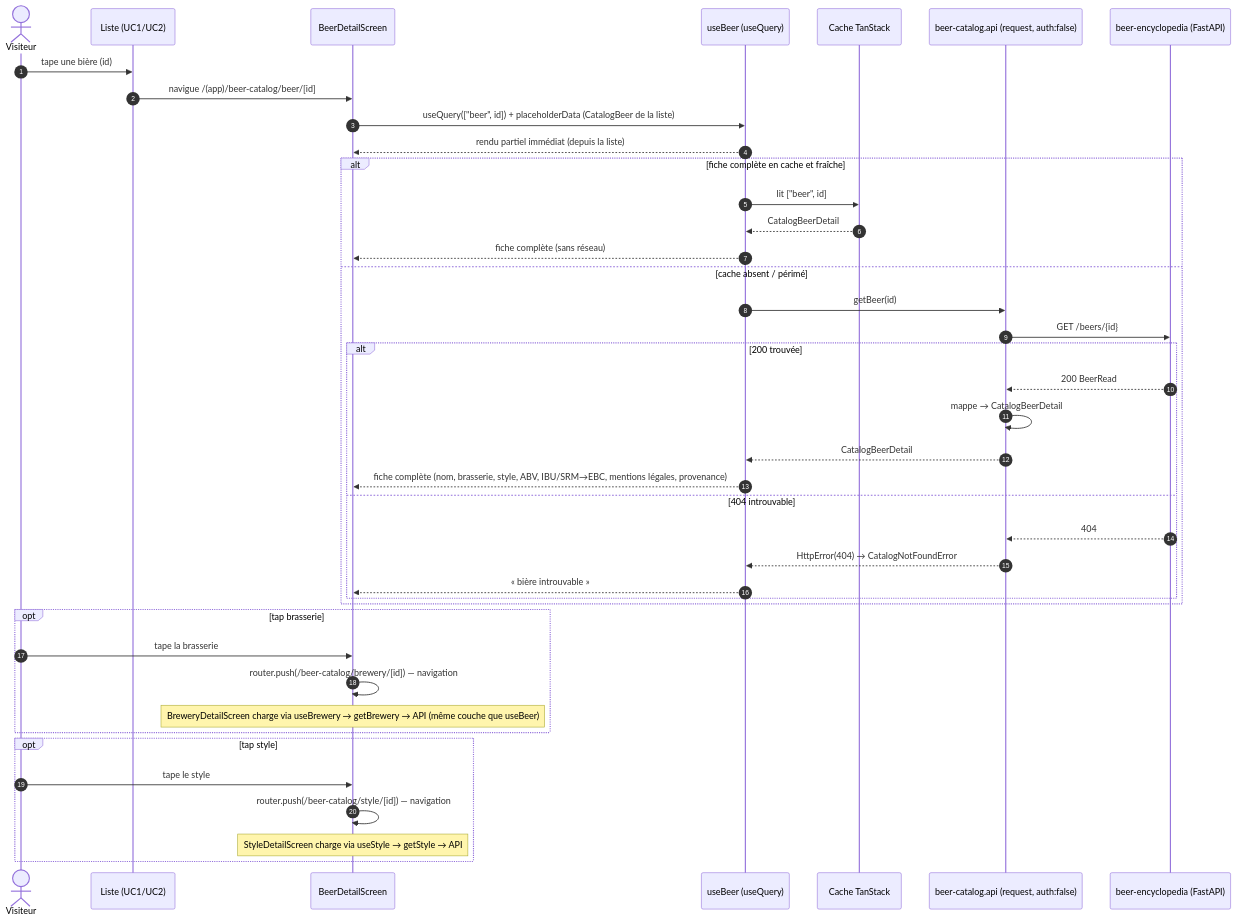
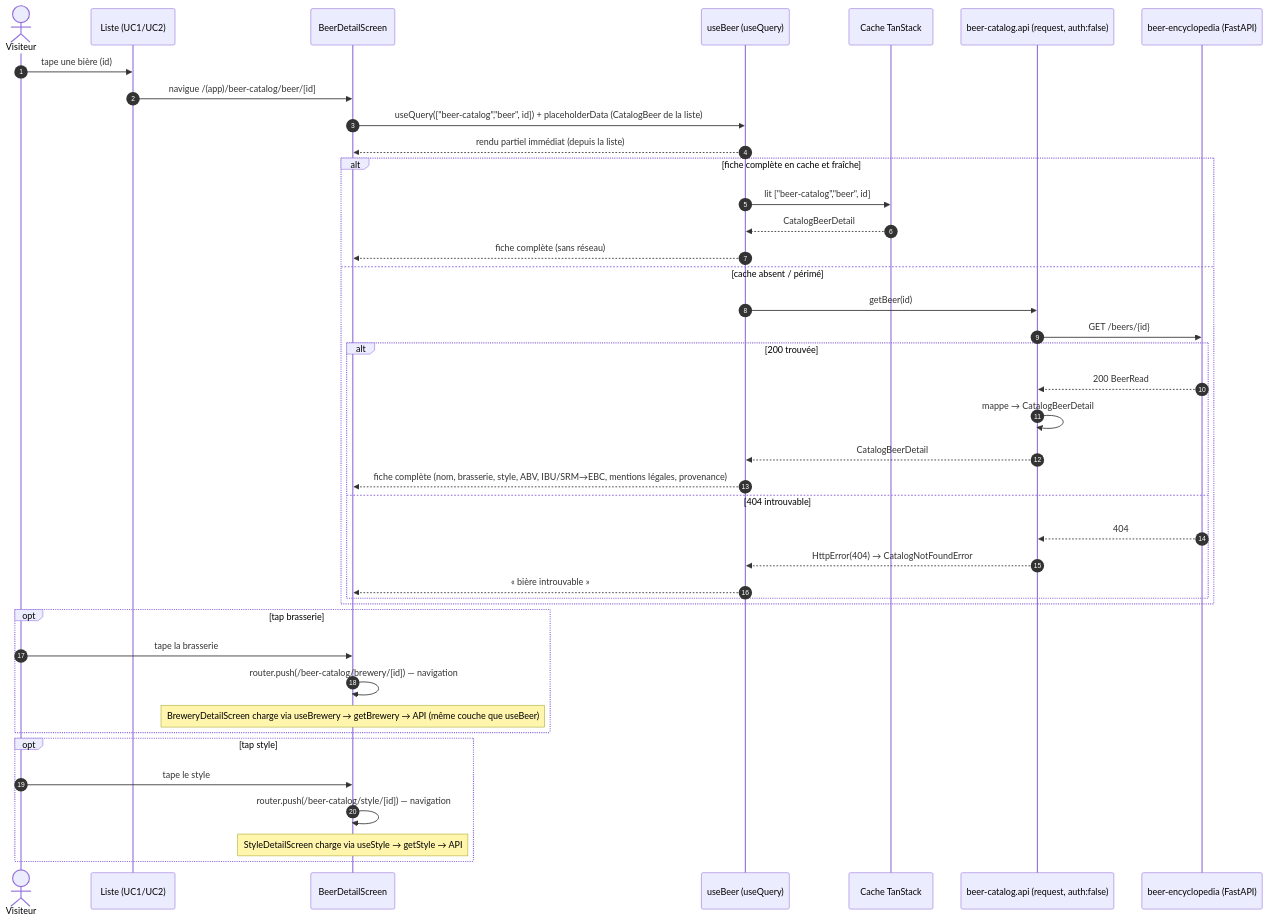
One commit to benoit-bremaud/brasse-bouillon changed the first of 2 diagrams in docs/architecture/diagrams/mobile-catalog/04-sequence-fiche.md. Above: the diagram before and after it, drawn with Mermaid. The commit also changed other lines of this file and 6 other files, not shown here.

````diff
--- a/docs/architecture/diagrams/mobile-catalog/04-sequence-fiche.md
+++ b/docs/architecture/diagrams/mobile-catalog/04-sequence-fiche.md
@@ -18,45 +18,45 @@
 ```mermaid
 sequenceDiagram
   autonumber
   actor U as Visiteur
   participant L as Liste (UC1/UC2)
   participant FS as BeerDetailScreen
   participant H as useBeer (useQuery)
   participant Q as Cache TanStack
   participant API as beer-catalog.api (request, auth:false)
   participant E as beer-encyclopedia (FastAPI)
 
   U->>L: tape une bière (id)
   L->>FS: navigue /(app)/beer-catalog/beer/[id]
-  FS->>H: useQuery(["beer", id]) + placeholderData (CatalogBeer de la liste)
+  FS->>H: useQuery(["beer-catalog","beer", id]) + placeholderData (CatalogBeer de la liste)
   H-->>FS: rendu partiel immédiat (depuis la liste)
   alt fiche complète en cache et fraîche
-    H->>Q: lit ["beer", id]
+    H->>Q: lit ["beer-catalog","beer", id]
     Q-->>H: CatalogBeerDetail
     H-->>FS: fiche complète (sans réseau)
   else cache absent / périmé
     H->>API: getBeer(id)
     API->>E: GET /beers/{id}
     alt 200 trouvée
       E-->>API: 200 BeerRead
       API->>API: mappe → CatalogBeerDetail
       API-->>H: CatalogBeerDetail
       H-->>FS: fiche complète (nom, brasserie, style, ABV, IBU/SRM→EBC, mentions légales, provenance)
     else 404 introuvable
       E-->>API: 404
       API-->>H: HttpError(404) → CatalogNotFoundError
       H-->>FS: « bière introuvable »
     end
   end
 
   opt tap brasserie
     U->>FS: tape la brasserie
     FS->>FS: router.push(/beer-catalog/brewery/[id]) — navigation
     Note over FS: BreweryDetailScreen charge via useBrewery → getBrewery → API (même couche que useBeer)
   end
   opt tap style
     U->>FS: tape le style
     FS->>FS: router.push(/beer-catalog/style/[id]) — navigation
     Note over FS: StyleDetailScreen charge via useStyle → getStyle → API
   end
 ```
````
